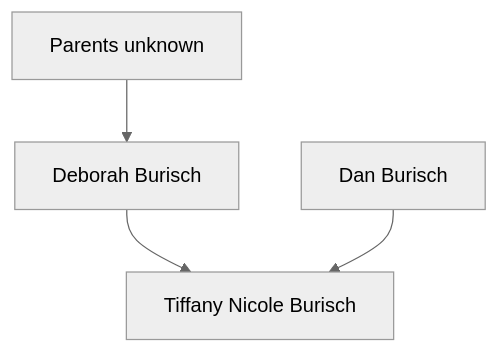
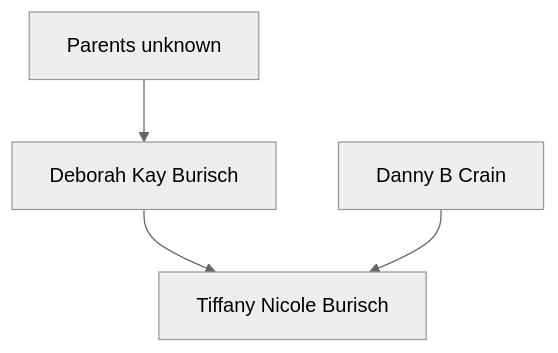
The diagram in docs/people/burisch_deborah.md (Black-Star-Institute/blackstar.github.io), drawn with Mermaid (neutral theme) before and after one commit.

````diff
--- a/docs/people/burisch_deborah.md
+++ b/docs/people/burisch_deborah.md
@@ -17,6 +17,6 @@
 ```mermaid
 graph TD;
   anon[Parents unknown] --> deborah
-  deborah[Deborah Burisch] --> tiffany[Tiffany Nicole Burisch]
-  dan[Dan Burisch] --> tiffany
+  deborah[Deborah Kay Burisch] --> tiffany[Tiffany Nicole Burisch]
+  dan[Danny B Crain] --> tiffany
 ```
````
